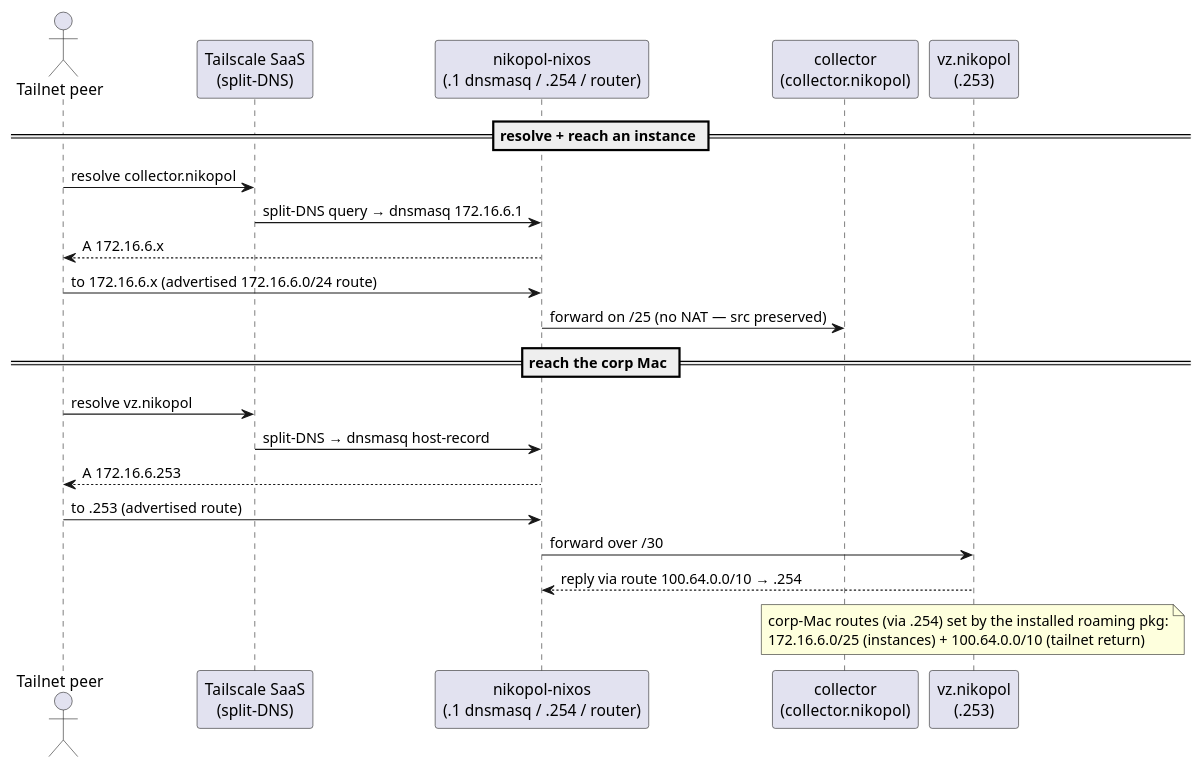
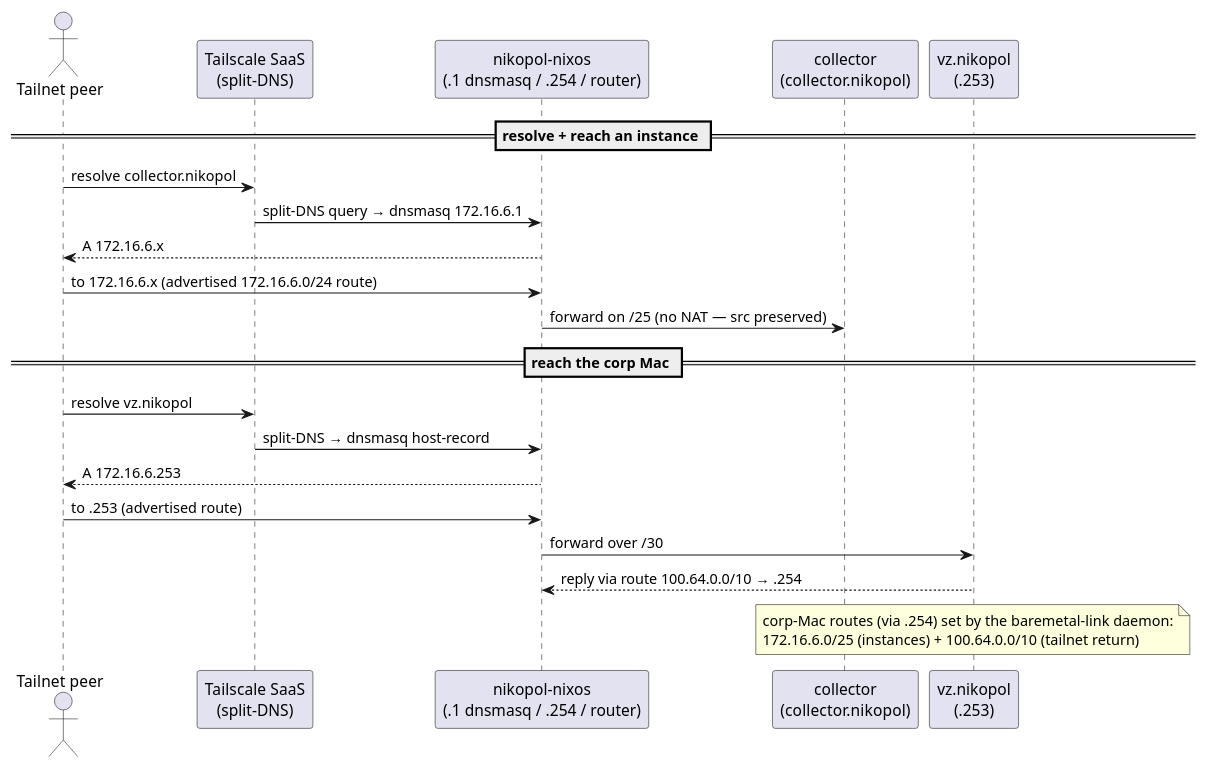
Before and after one commit to seedmatic/ndh: the third of 3 diagrams in docs/network-topology-c4.adoc, drawn with PlantUML. The commit also changed other lines of this file and 8 other files, not shown here.

First line of the commit message:
feat(baremetal-link): corp-Mac IP-alias daemon (deploy/uninstall)

```diff
--- a/docs/network-topology-c4.adoc
+++ b/docs/network-topology-c4.adoc
@@ -144,26 +147,26 @@
 [plantuml,vz-host-sequence,svg]
 ----
 @startuml
 actor "Tailnet peer" as OP
 participant "Tailscale SaaS\n(split-DNS)" as TS
 participant "nikopol-nixos\n(.1 dnsmasq / .254 / router)" as NIXOS
 participant "collector\n(collector.nikopol)" as COLL
 participant "vz.nikopol\n(.253)" as VZ
 
 == resolve + reach an instance ==
 OP -> TS : resolve collector.nikopol
 TS -> NIXOS : split-DNS query → dnsmasq 172.16.6.1
 NIXOS --> OP : A 172.16.6.x
 OP -> NIXOS : to 172.16.6.x (advertised 172.16.6.0/24 route)
 NIXOS -> COLL : forward on /25 (no NAT — src preserved)
 
 == reach the corp Mac ==
 OP -> TS : resolve vz.nikopol
 TS -> NIXOS : split-DNS → dnsmasq host-record
 NIXOS --> OP : A 172.16.6.253
 OP -> NIXOS : to .253 (advertised route)
 NIXOS -> VZ : forward over /30
 VZ --> NIXOS : reply via route 100.64.0.0/10 → .254
-note over VZ: corp-Mac routes (via .254) set by the installed roaming pkg:\n172.16.6.0/25 (instances) + 100.64.0.0/10 (tailnet return)
+note over VZ: corp-Mac routes (via .254) set by the baremetal-link daemon:\n172.16.6.0/25 (instances) + 100.64.0.0/10 (tailnet return)
 @enduml
 ----
```
